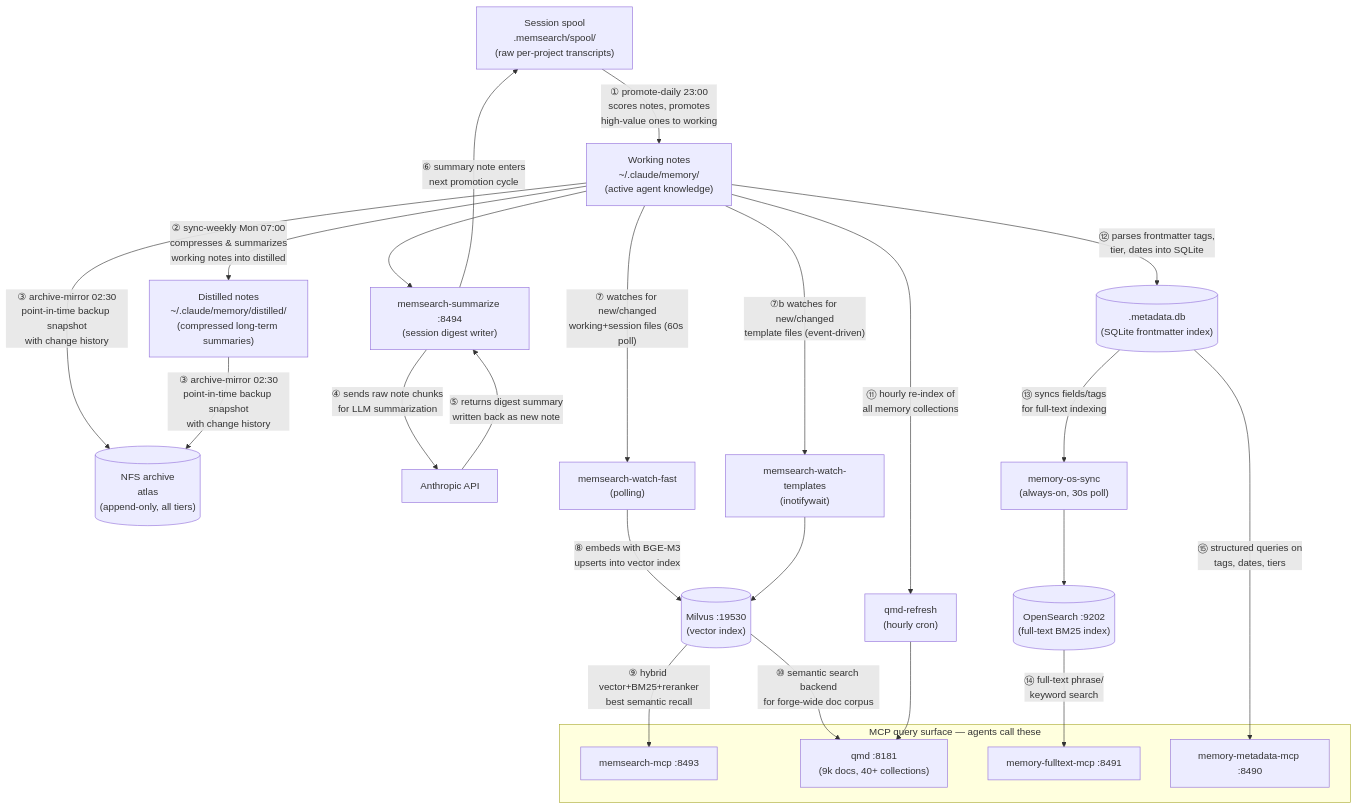
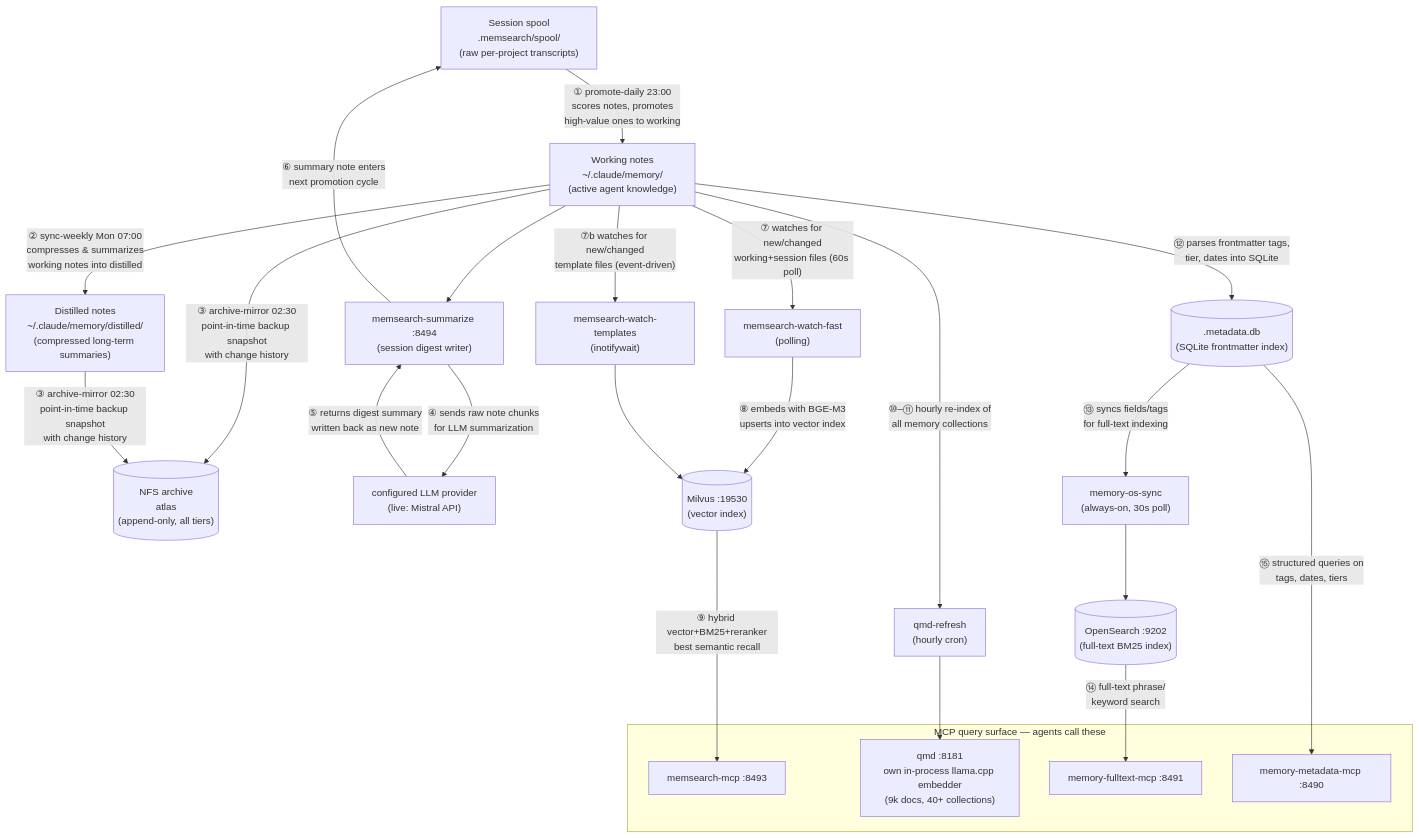
The fourth of 4 diagrams in docs/components/memory/memory-architecture.md (TadMSTR/homelab-agent), drawn with Mermaid before and after one commit. The commit also changed other lines of this file and 4 other files, not shown here.

First line of the commit message:
docs(memory): correct stale Ollama provider claims, add llm-providers page

````diff
--- a/docs/components/memory/memory-architecture.md
+++ b/docs/components/memory/memory-architecture.md
@@ -120,38 +119,37 @@
 ```mermaid
 flowchart TD
     spool["Session spool\n.memsearch/spool/\n(raw per-project transcripts)"]
     working["Working notes\n~/.claude/memory/\n(active agent knowledge)"]
     distilled["Distilled notes\n~/.claude/memory/distilled/\n(compressed long-term summaries)"]
     nfs[("NFS archive\natlas\n(append-only, all tiers)")]
 
     spool -- "① promote-daily 23:00\nscores notes, promotes\nhigh-value ones to working" --> working
     working -- "② sync-weekly Mon 07:00\ncompresses & summarizes\nworking notes into distilled" --> distilled
     working & distilled -- "③ archive-mirror 02:30\npoint-in-time backup snapshot\nwith change history" --> nfs
 
     working --> summarize["memsearch-summarize :8494\n(session digest writer)"]
-    summarize -- "④ sends raw note chunks\nfor LLM summarization" --> anthropic["Anthropic API"]
-    anthropic -- "⑤ returns digest summary\nwritten back as new note" --> summarize
+    summarize -- "④ sends raw note chunks\nfor LLM summarization" --> llmprovider["configured LLM provider\n(live: Mistral API)"]
+    llmprovider -- "⑤ returns digest summary\nwritten back as new note" --> summarize
     summarize -- "⑥ summary note enters\nnext promotion cycle" --> spool
 
     working -- "⑦ watches for new/changed\nworking+session files (60s poll)" --> watch["memsearch-watch-fast\n(polling)"]
     working -- "⑦b watches for new/changed\ntemplate files (event-driven)" --> watch_tmpl["memsearch-watch-templates\n(inotifywait)"]
     watch -- "⑧ embeds with BGE-M3\nupserts into vector index" --> milvus[("Milvus :19530\n(vector index)")]
     watch_tmpl --> milvus
     milvus -- "⑨ hybrid vector+BM25+reranker\nbest semantic recall" --> memsearch_mcp["memsearch-mcp :8493"]
-    milvus -- "⑩ semantic search backend\nfor forge-wide doc corpus" --> qmd["qmd :8181\n(9k docs, 40+ collections)"]
-    working -- "⑪ hourly re-index of\nall memory collections" --> qr["qmd-refresh\n(hourly cron)"]
-    qr --> qmd
+    working -- "⑩–⑪ hourly re-index of\nall memory collections" --> qr["qmd-refresh\n(hourly cron)"]
+    qr --> qmd["qmd :8181\nown in-process llama.cpp embedder\n(9k docs, 40+ collections)"]
 
     working -- "⑫ parses frontmatter tags,\ntier, dates into SQLite" --> metadb[(".metadata.db\n(SQLite frontmatter index)")]
     metadb -- "⑬ syncs fields/tags\nfor full-text indexing" --> os_sync["memory-os-sync\n(always-on, 30s poll)"]
     os_sync --> opensearch[("OpenSearch :9202\n(full-text BM25 index)")]
     opensearch -- "⑭ full-text phrase/\nkeyword search" --> search_mcp["memory-fulltext-mcp :8491"]
     metadb -- "⑮ structured queries on\ntags, dates, tiers" --> meta_mcp["memory-metadata-mcp :8490"]
 
     subgraph "MCP query surface — agents call these"
         memsearch_mcp
         qmd
         meta_mcp
         search_mcp
     end
 ```
````
